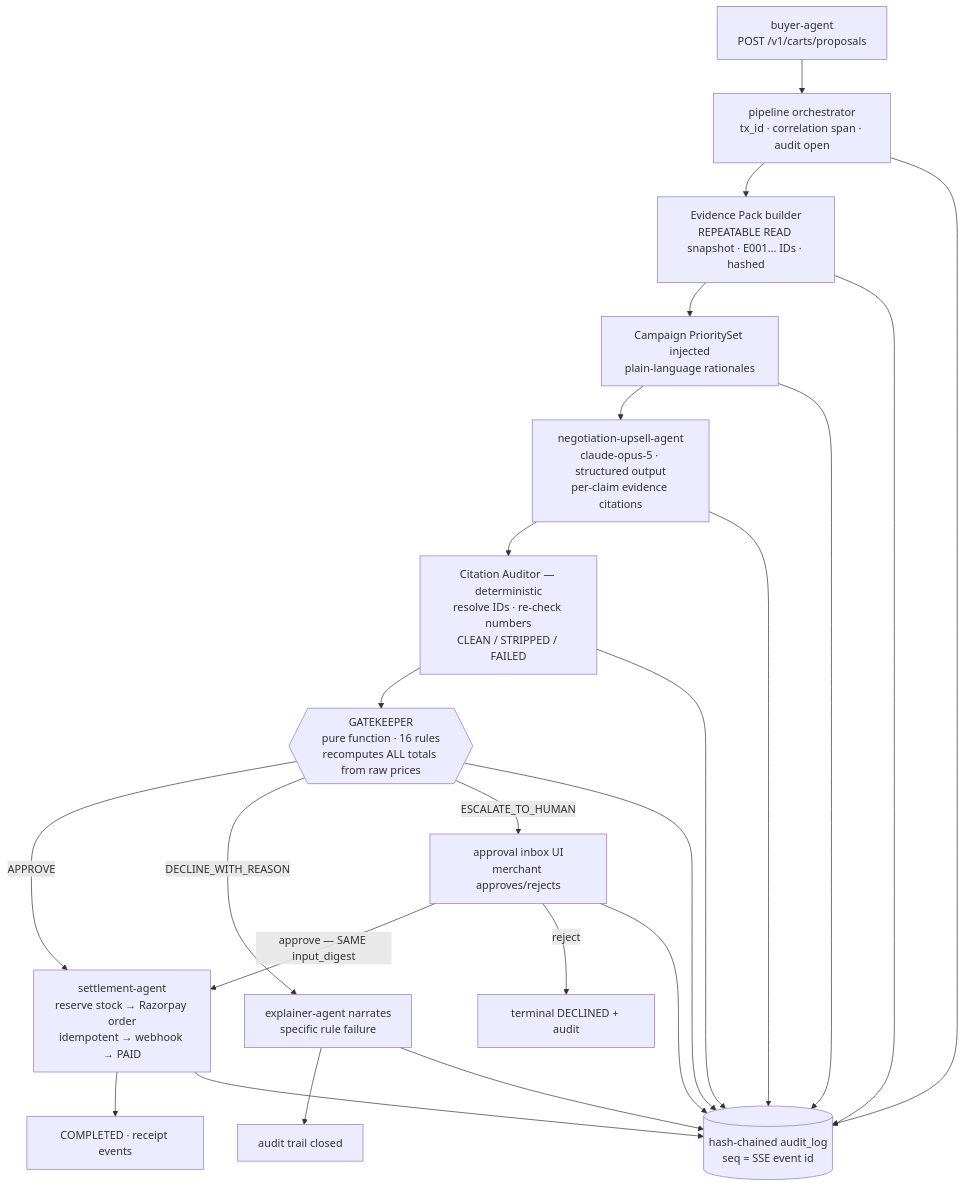
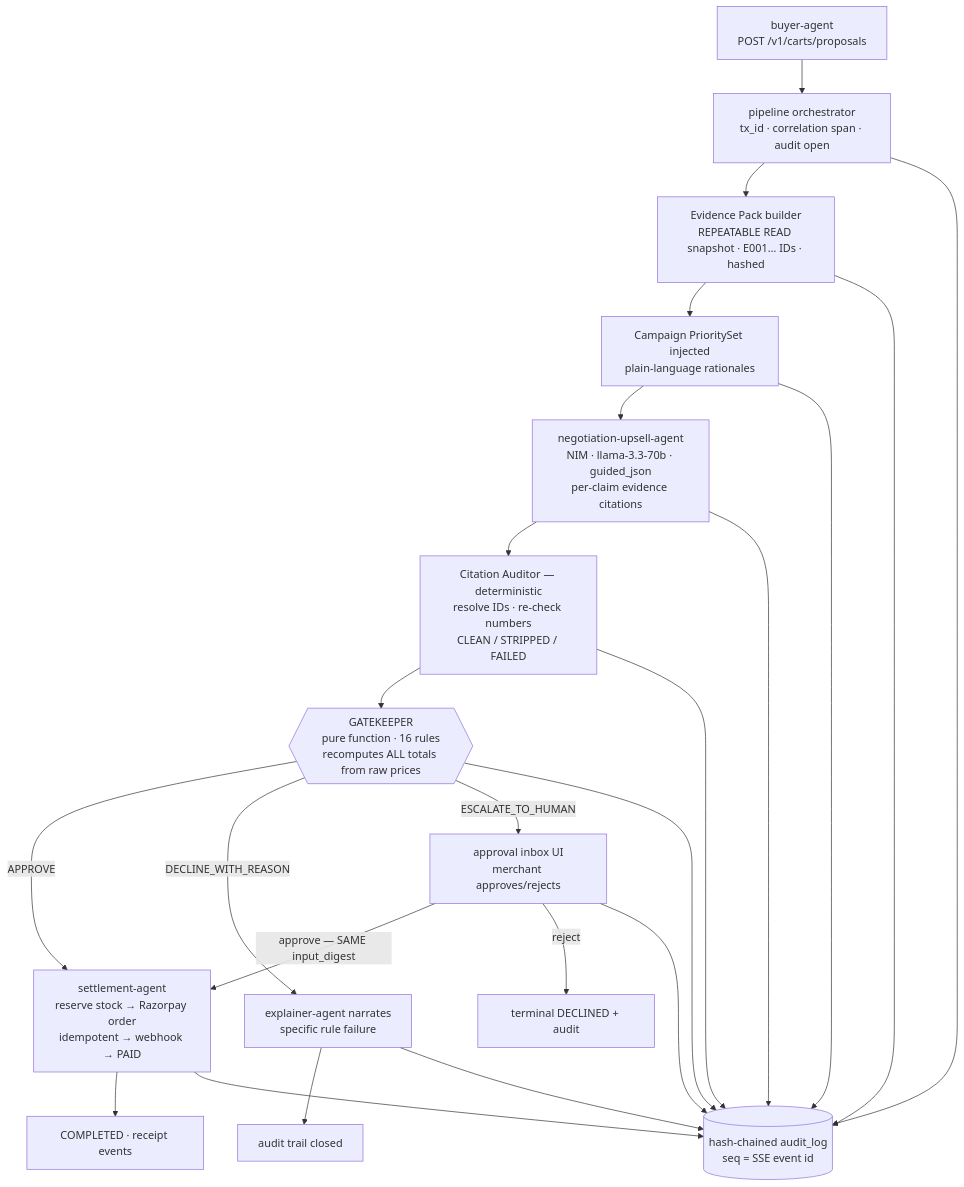
The first of 2 diagrams in ARCHITECTURE.md (verdhanyash/GrowthAgent-), drawn with Mermaid before and after one commit. The commit also changed other lines of this file and 46 other files, not shown here.

````diff
--- a/ARCHITECTURE.md
+++ b/ARCHITECTURE.md
@@ -42,17 +42,17 @@
 ```mermaid
 flowchart TD
     A[buyer-agent<br/>POST /v1/carts/proposals] --> B[pipeline orchestrator<br/>tx_id · correlation span · audit open]
     B --> C[Evidence Pack builder<br/>REPEATABLE READ snapshot · E001… IDs · hashed]
     C --> D[Campaign PrioritySet injected<br/>plain-language rationales]
-    D --> E[negotiation-upsell-agent<br/>claude-opus-5 · structured output<br/>per-claim evidence citations]
+    D --> E[negotiation-upsell-agent<br/>NIM · llama-3.3-70b · guided_json<br/>per-claim evidence citations]
     E --> F[Citation Auditor — deterministic<br/>resolve IDs · re-check numbers<br/>CLEAN / STRIPPED / FAILED]
     F --> G{{GATEKEEPER<br/>pure function · 16 rules<br/>recomputes ALL totals from raw prices}}
     G -->|APPROVE| H[settlement-agent<br/>reserve stock → Razorpay order<br/>idempotent → webhook → PAID]
     G -->|DECLINE_WITH_REASON| I[explainer-agent narrates<br/>specific rule failure]
     G -->|ESCALATE_TO_HUMAN| J[approval inbox UI<br/>merchant approves/rejects]
     J -->|approve — SAME input_digest| H
     J -->|reject| K[terminal DECLINED + audit]
     H --> L[COMPLETED · receipt events]
     I --> M[audit trail closed]
     B & C & D & E & F & G & H & I & J --> N[(hash-chained audit_log<br/>seq = SSE event id)]
 ```
````
